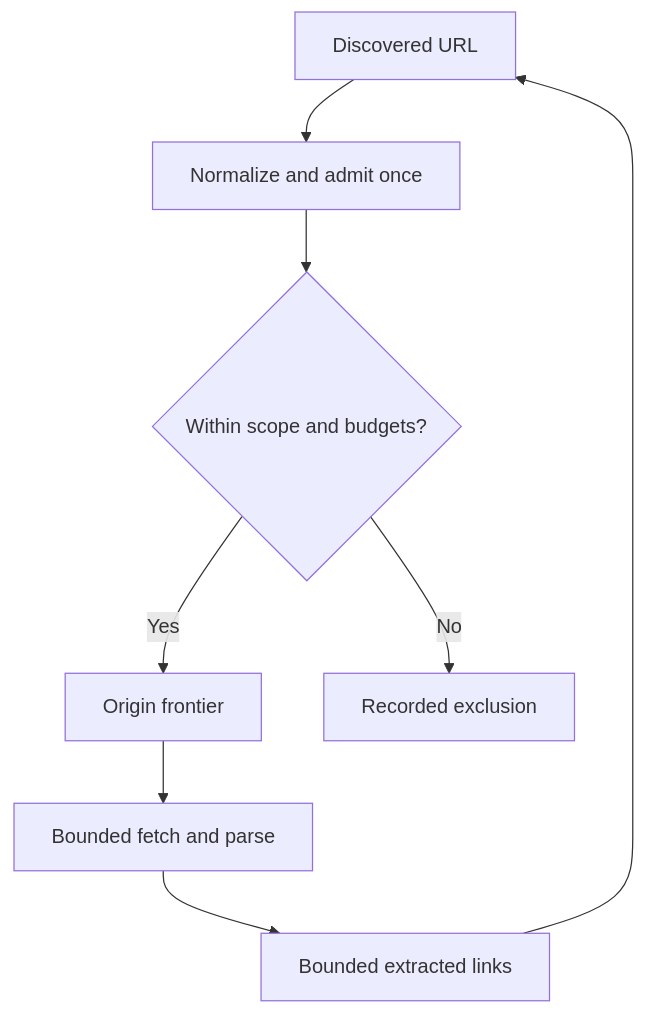
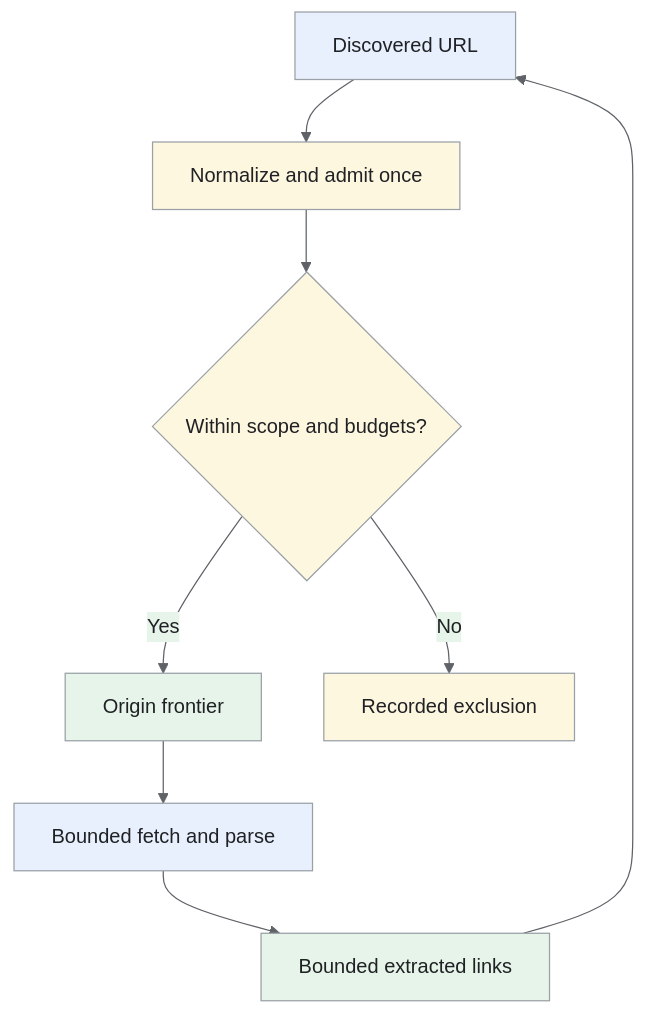
One commit to iliazlobin/iliazlobin.github.io changed the fifth of 5 diagrams in _designs/system-design-web-crawler.md. Above: the diagram before and after it, drawn with Mermaid. The commit also changed other lines of this file and 25 other files, not shown here.

Commit message:
docs: explain Batch B design flows and tradeoffs

````diff
--- a/_designs/system-design-web-crawler.md
+++ b/_designs/system-design-web-crawler.md
@@ -263,10 +318,18 @@
 ```mermaid
+%%{init: {'theme':'base','themeVariables':{'primaryColor':'#e8f0fe','primaryTextColor':'#202124','primaryBorderColor':'#9aa0a6','lineColor':'#5f6368','secondaryColor':'#e6f4ea','tertiaryColor':'#fef7e0','actorBkg':'#e8f0fe','actorBorder':'#9aa0a6','actorTextColor':'#202124','noteBkgColor':'#fef7e0','noteTextColor':'#202124','noteBorderColor':'#9aa0a6','signalColor':'#5f6368','signalTextColor':'#202124','labelBoxBkgColor':'#fef7e0','labelBoxBorderColor':'#9aa0a6'}}}%%
 flowchart TB
   U["Discovered URL"] --> N["Normalize and admit once"]
   N --> B{"Within scope and budgets?"}
   B -->|"Yes"| Q["Origin frontier"]
   B -->|"No"| X["Recorded exclusion"]
   Q --> F["Bounded fetch and parse"]
   F --> L["Bounded extracted links"]
   L --> U
+classDef request fill:#e8f0fe,stroke:#9aa0a6,color:#202124;
+classDef data fill:#e6f4ea,stroke:#9aa0a6,color:#202124;
+classDef control fill:#fef7e0,stroke:#9aa0a6,color:#202124;
+class U,F request;
+class Q,L data;
+class N,B,X control;
+
 ```
````
